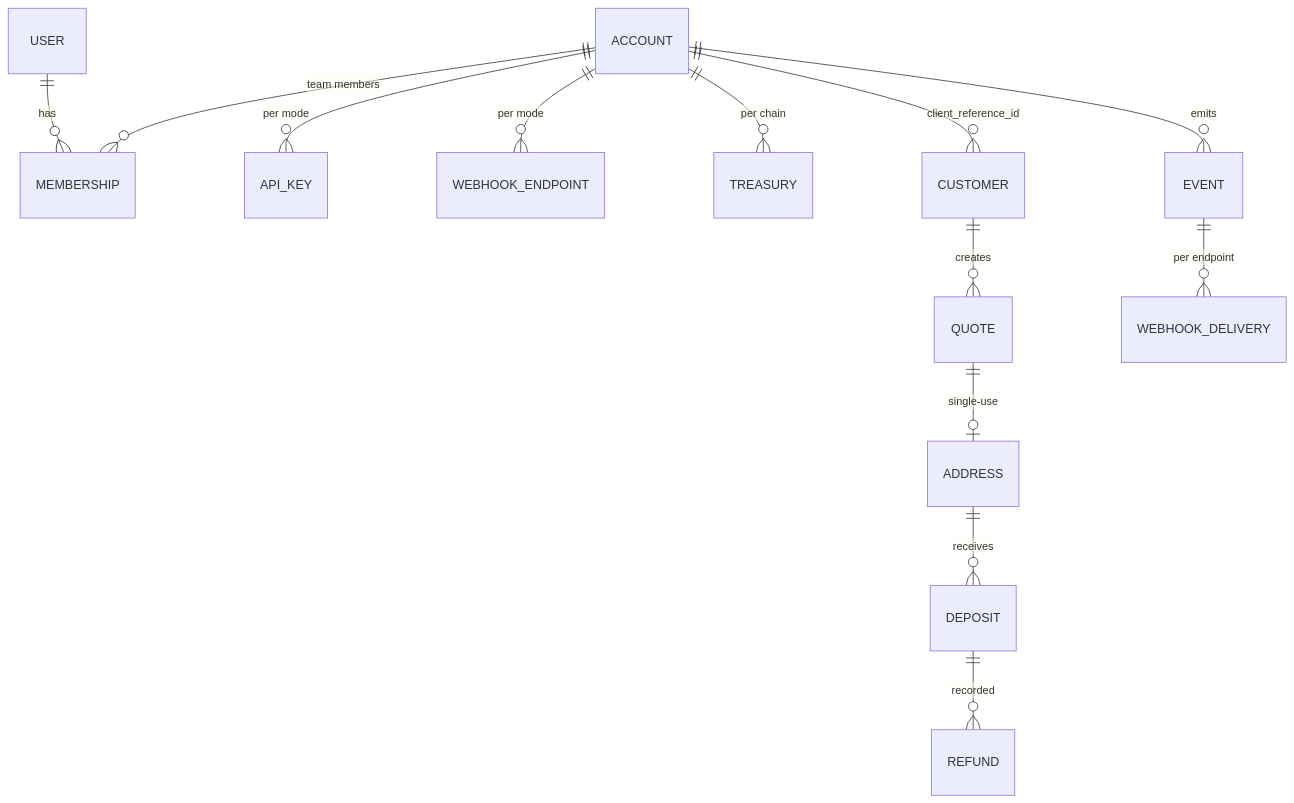
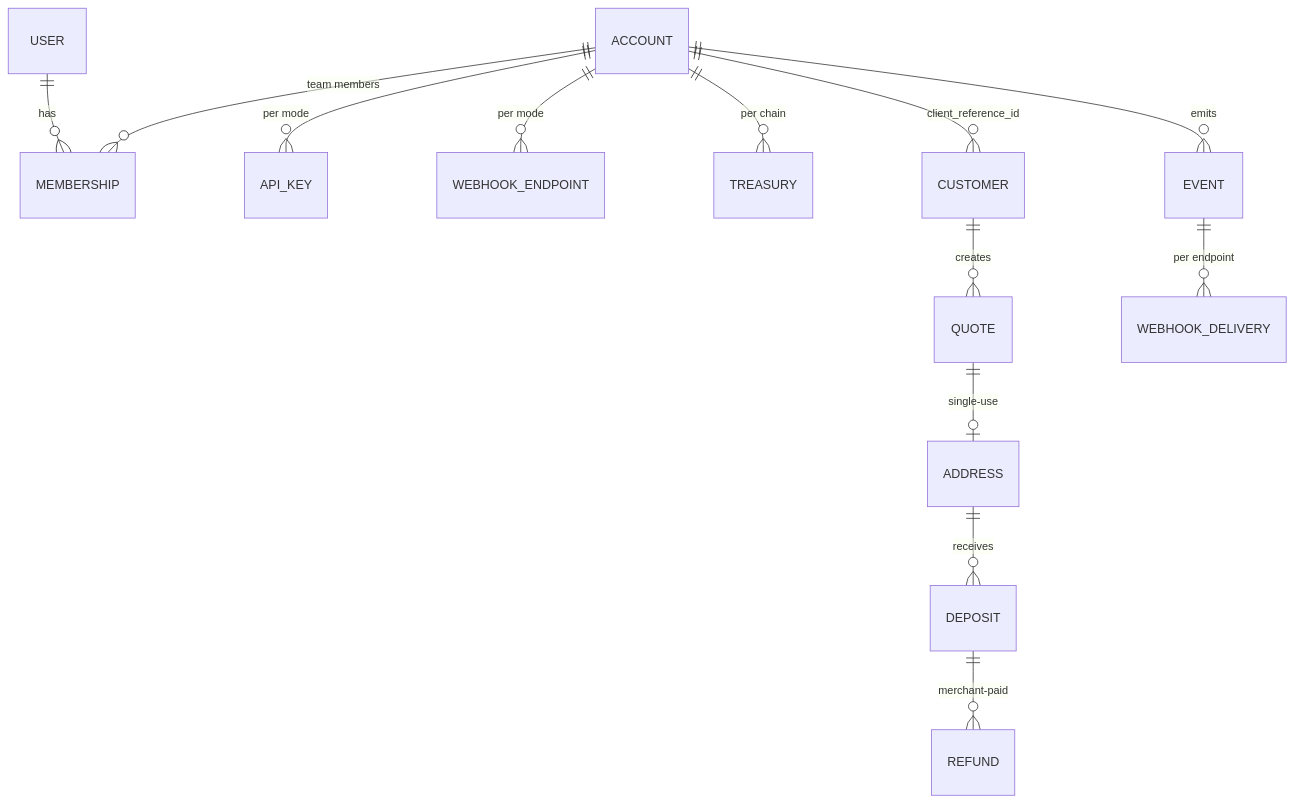
One commit to Phala-Network/crypto-topup-service changed the third of 4 diagrams in docs/design/multi-tenant.md. Above: the diagram before and after it, drawn with Mermaid. The commit also changed other lines of this file, not shown here.

````diff
--- a/docs/design/multi-tenant.md
+++ b/docs/design/multi-tenant.md
@@ -194,15 +260,15 @@
 ```mermaid
 erDiagram
     USER ||--o{ MEMBERSHIP : has
     ACCOUNT ||--o{ MEMBERSHIP : "team members"
     ACCOUNT ||--o{ API_KEY : "per mode"
     ACCOUNT ||--o{ WEBHOOK_ENDPOINT : "per mode"
     ACCOUNT ||--o{ TREASURY : "per chain"
     ACCOUNT ||--o{ CUSTOMER : "client_reference_id"
     CUSTOMER ||--o{ QUOTE : creates
     QUOTE ||--o| ADDRESS : "single-use"
     ADDRESS ||--o{ DEPOSIT : receives
-    DEPOSIT ||--o{ REFUND : "recorded"
+    DEPOSIT ||--o{ REFUND : "merchant-paid"
     ACCOUNT ||--o{ EVENT : emits
     EVENT ||--o{ WEBHOOK_DELIVERY : "per endpoint"
 ```
````
